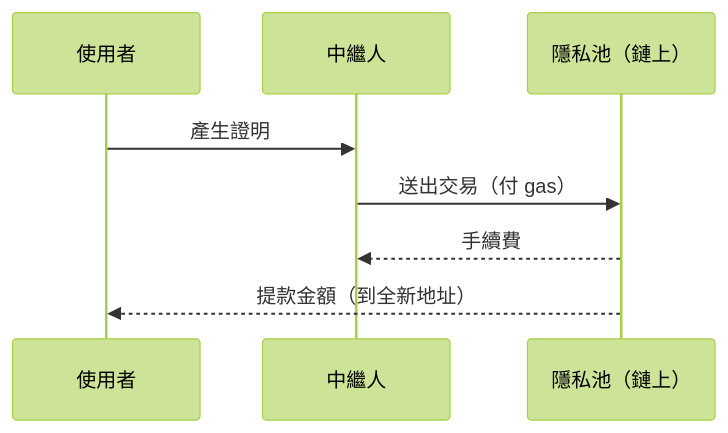
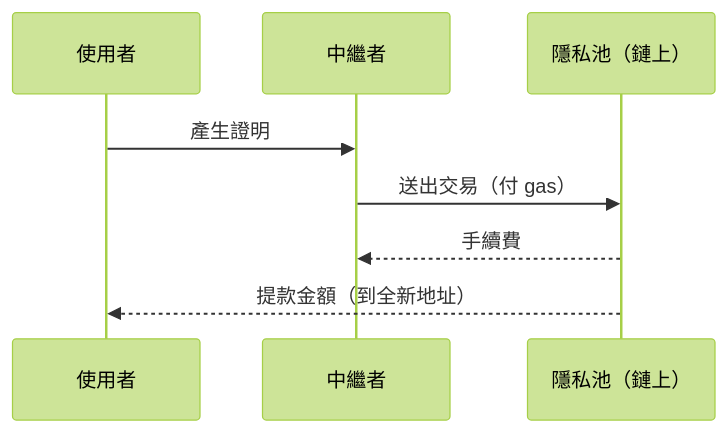
One commit to ChihChengLiang/notes changed the eighth of 8 diagrams in notes/2026-07-27_privacy_pools/slides.md. Above: the diagram before and after it, drawn with Mermaid (forest theme). The commit also changed other lines of this file and 1 other file, not shown here.

Commit message:
fragment, relayer

````diff
--- a/notes/2026-07-27_privacy_pools/slides.md
+++ b/notes/2026-07-27_privacy_pools/slides.md
@@ -341,11 +341,12 @@
 ```mermaid
+%% fragment
 sequenceDiagram
     participant User as 使用者
-    participant Relayer as 中繼人
+    participant Relayer as 中繼者
     participant Pool as 隱私池（鏈上）
 
     User->>Relayer: 產生證明
     Relayer->>Pool: 送出交易（付 gas）
     Pool-->>Relayer: 手續費
     Pool-->>User: 提款金額（到全新地址）
 ```
````
